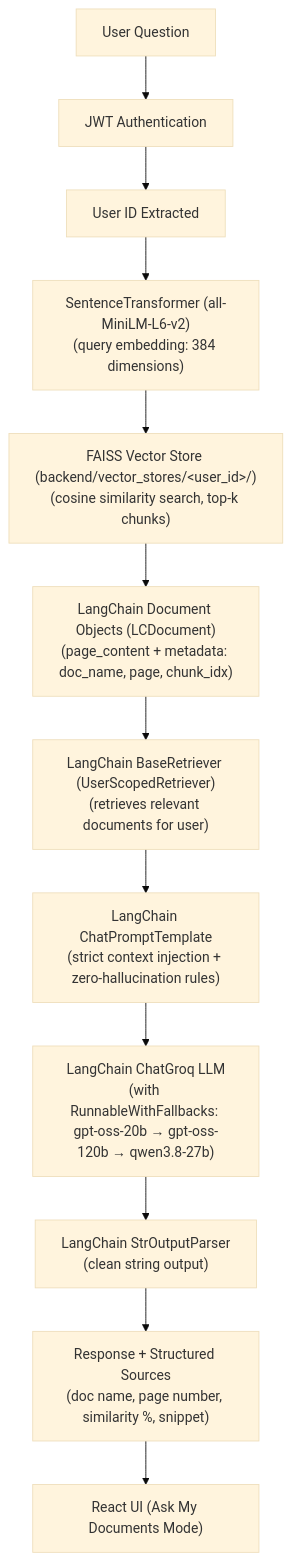
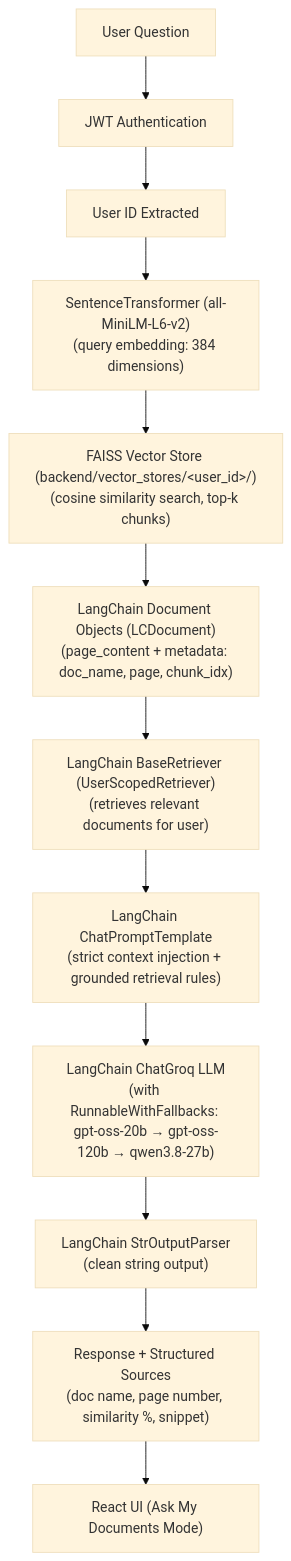
Before and after one commit to Satyamshiv0079/ai-chatbot: the diagram in README.md, drawn with Mermaid (base theme). The commit also changed other lines of this file and 7 other files, not shown here.

````diff
--- a/README.md
+++ b/README.md
@@ -86,14 +86,14 @@
 ```mermaid
 flowchart TD
     A["User Question"] --> B["JWT Authentication"]
     B --> C["User ID Extracted"]
     C --> D["SentenceTransformer (all-MiniLM-L6-v2)<br/>(query embedding: 384 dimensions)"]
     D --> E["FAISS Vector Store (backend/vector_stores/&lt;user_id&gt;/)<br/>(cosine similarity search, top-k chunks)"]
     E --> F["LangChain Document Objects (LCDocument)<br/>(page_content + metadata: doc_name, page, chunk_idx)"]
     F --> G["LangChain BaseRetriever (UserScopedRetriever)<br/>(retrieves relevant documents for user)"]
-    G --> H["LangChain ChatPromptTemplate<br/>(strict context injection + zero-hallucination rules)"]
+    G --> H["LangChain ChatPromptTemplate<br/>(strict context injection + grounded retrieval rules)"]
     H --> I["LangChain ChatGroq LLM<br/>(with RunnableWithFallbacks: gpt-oss-20b → gpt-oss-120b → qwen3.8-27b)"]
     I --> J["LangChain StrOutputParser<br/>(clean string output)"]
     J --> K["Response + Structured Sources<br/>(doc name, page number, similarity %, snippet)"]
     K --> L["React UI (Ask My Documents Mode)"]
 ```
````
